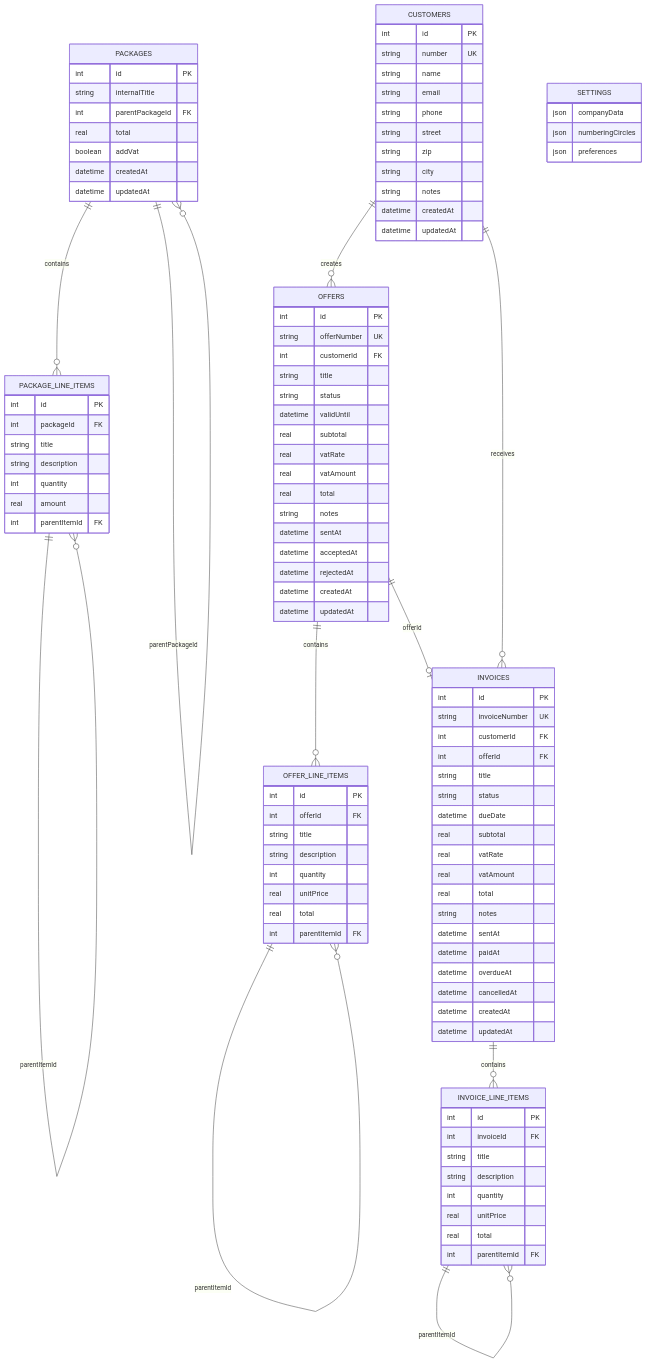
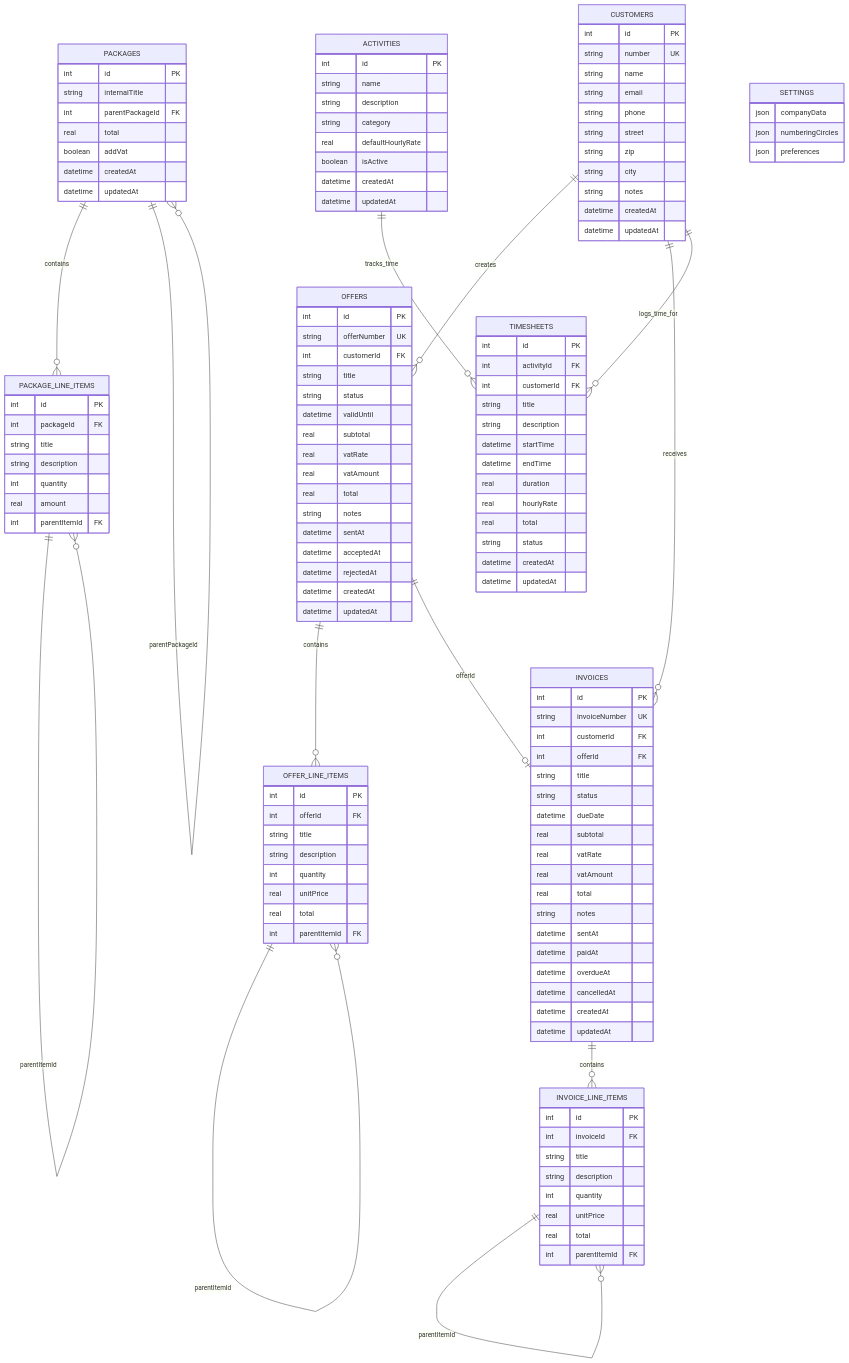
The second of 2 diagrams in docs/02-architecture/ARCHITEKTUR.md (MonaFP/RawaLite), drawn with Mermaid before and after one commit. The commit also changed other lines of this file and 49 other files, not shown here.

```diff
--- a/docs/02-architecture/ARCHITEKTUR.md
+++ b/docs/02-architecture/ARCHITEKTUR.md
@@ -170,6 +170,33 @@
         int parentItemId FK
     }
     
+    ACTIVITIES {
+        int id PK
+        string name
+        string description
+        string category
+        real defaultHourlyRate
+        boolean isActive
+        datetime createdAt
+        datetime updatedAt
+    }
+    
+    TIMESHEETS {
+        int id PK
+        int activityId FK
+        int customerId FK
+        string title
+        string description
+        datetime startTime
+        datetime endTime
+        real duration
+        real hourlyRate
+        real total
+        string status
+        datetime createdAt
+        datetime updatedAt
+    }
+    
     SETTINGS {
         json companyData
         json numberingCircles
@@ -178,6 +205,8 @@
 
     CUSTOMERS ||--o{ OFFERS : "creates"
     CUSTOMERS ||--o{ INVOICES : "receives"
+    CUSTOMERS ||--o{ TIMESHEETS : "logs_time_for"
+    ACTIVITIES ||--o{ TIMESHEETS : "tracks_time"
     OFFERS ||--o{ OFFER_LINE_ITEMS : "contains"
     INVOICES ||--o{ INVOICE_LINE_ITEMS : "contains"
     PACKAGES ||--o{ PACKAGE_LINE_ITEMS : "contains"
```
